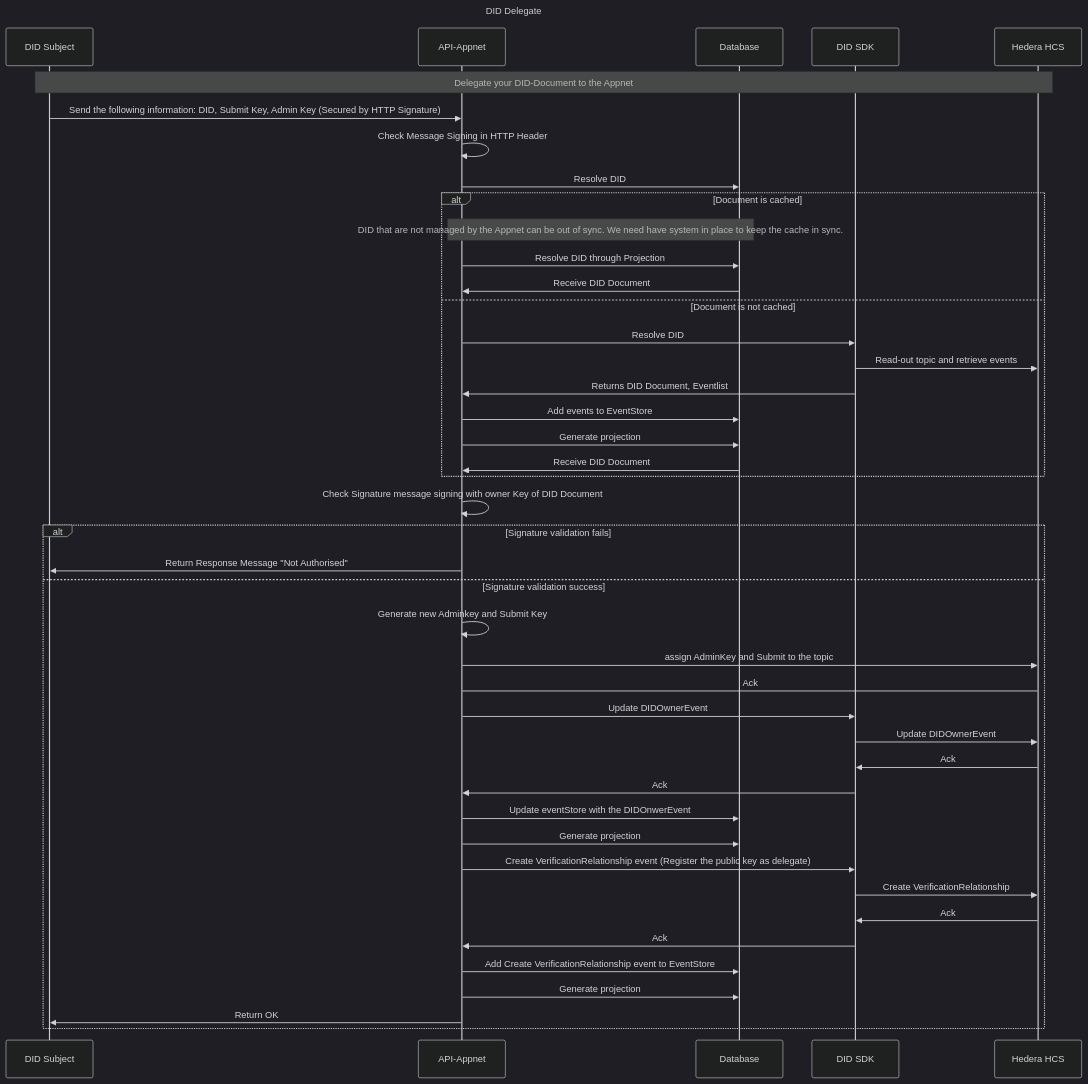
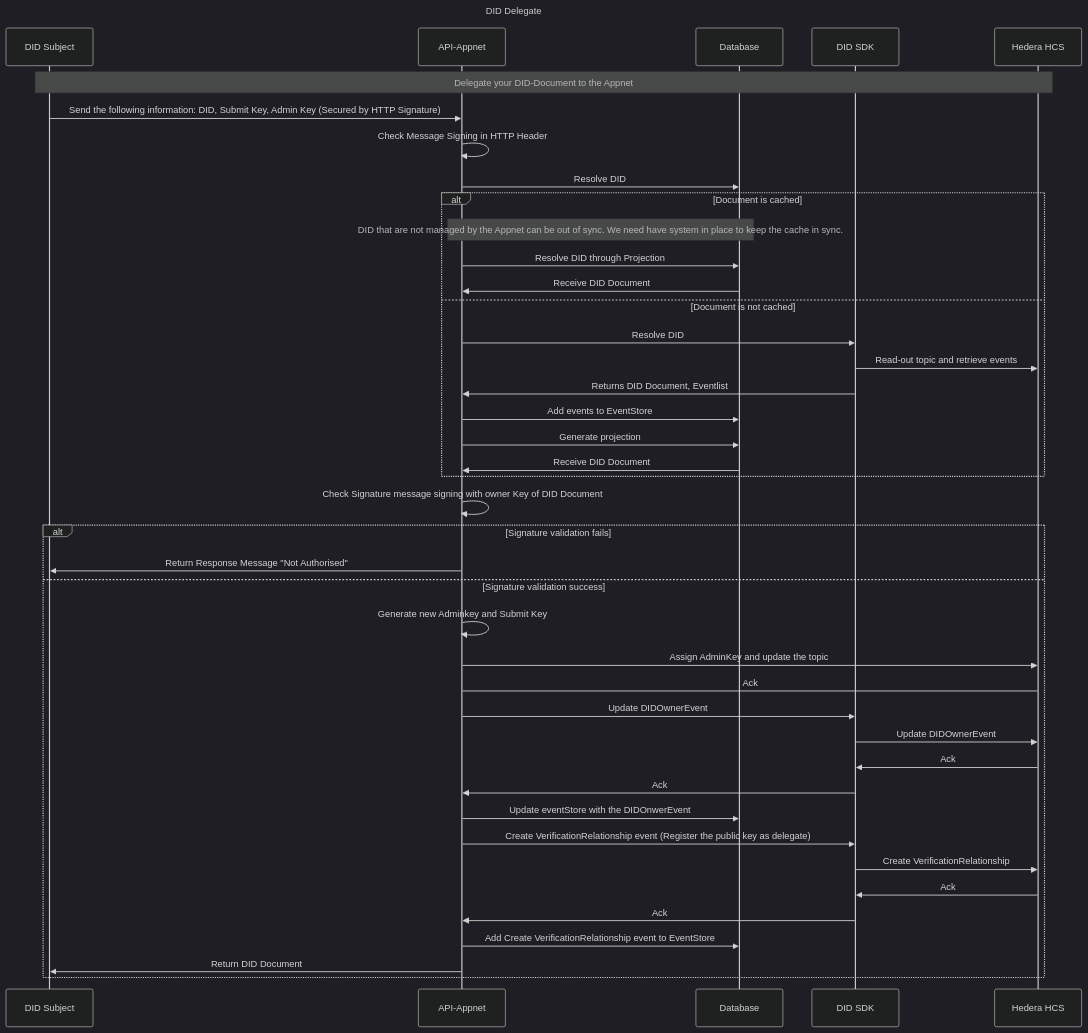
One commit to Meeco/hedera-did-identity-network changed the diagram in documentation/diagrams/did-delegate.mmd. Above: the diagram before and after it, drawn with Mermaid (dark theme). The commit also changed 7 other files, not shown here.

Commit message:
Diagram updates

```diff
--- a/documentation/diagrams/did-delegate.mmd
+++ b/documentation/diagrams/did-delegate.mmd
@@ -1,47 +1,45 @@
 sequenceDiagram
 Title: DID Delegate
 
 participant Subject as DID Subject
 participant API as API-Appnet
 participant Database as Database
 participant DIDSDK as DID SDK
 participant HCS as Hedera HCS
 
 
 note over Subject,HCS: Delegate your DID-Document to the Appnet
 Subject ->> API: Send the following information: DID, Submit Key, Admin Key (Secured by HTTP Signature)
 API ->> API: Check Message Signing in HTTP Header
 API ->> Database: Resolve DID
 alt Document is cached
 note over API,Database: DID that are not managed by the Appnet can be out of sync. We need have system in place to keep the cache in sync.
 API ->> Database: Resolve DID through Projection
 Database ->> API: Receive DID Document
 else Document is not cached
 API ->> DIDSDK:  Resolve DID
 DIDSDK ->> HCS:  Read-out topic and retrieve events
 DIDSDK ->> API: Returns DID Document, Eventlist
 API ->> Database: Add events to EventStore
 API ->> Database: Generate projection
 Database ->> API: Receive DID Document
 end
 API ->> API: Check Signature message signing with owner Key of DID Document
 alt Signature validation fails
 API ->> Subject: Return Response Message "Not Authorised"
 else Signature validation success
 API ->> API: Generate new Adminkey and Submit Key
-API ->> HCS: assign AdminKey and Submit to the topic
+API ->> HCS: Assign AdminKey and update the topic
 HCS -> API: Ack
 API ->> DIDSDK: Update DIDOwnerEvent
 DIDSDK ->> HCS: Update DIDOwnerEvent
 HCS ->> DIDSDK: Ack
 DIDSDK ->> API: Ack
 API ->> Database: Update eventStore with the DIDOnwerEvent
-API ->> Database: Generate projection
 API ->> DIDSDK: Create VerificationRelationship event (Register the public key as delegate)
 DIDSDK ->> HCS: Create VerificationRelationship
 HCS ->> DIDSDK: Ack
 DIDSDK ->> API: Ack
 API ->> Database: Add Create VerificationRelationship event to EventStore
-API ->> Database: Generate projection
-API ->> Subject: Return OK
+API ->> Subject: Return DID Document
 end
```
